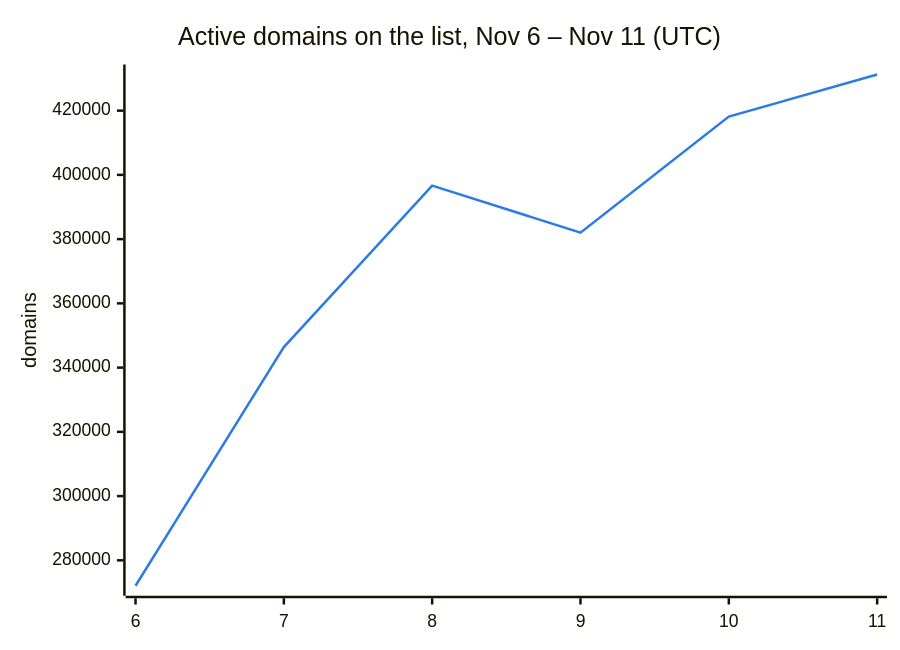
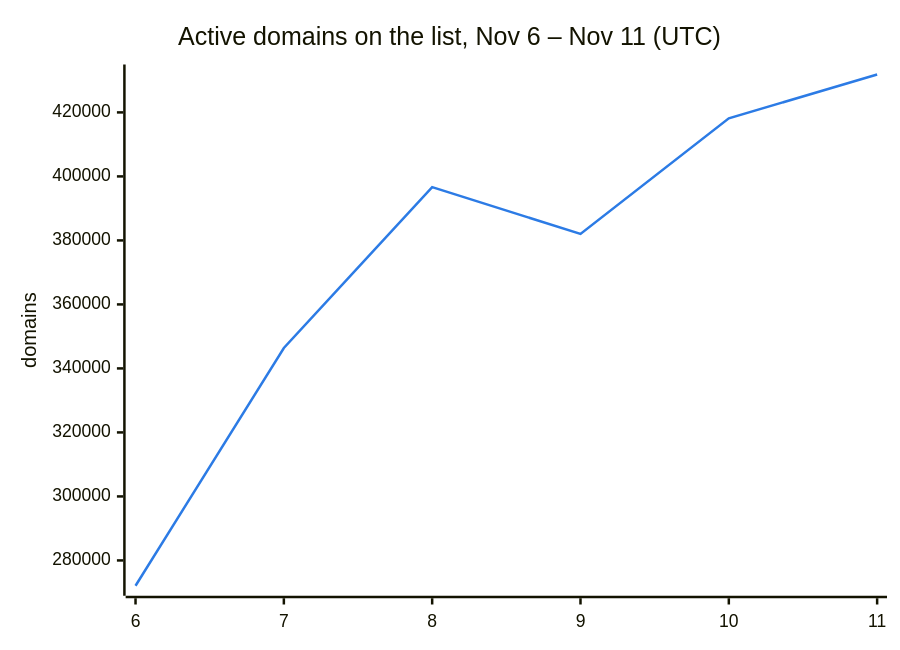
The second of 3 diagrams in README.md (DNSBunker/CTI), drawn with Mermaid before and after one commit. The commit also changed other lines of this file and 3 other files, not shown here.

````diff
--- a/README.md
+++ b/README.md
@@ -38,8 +38,8 @@
 ```mermaid
 %%{init: {"themeVariables": {"xyChart": {"plotColorPalette": "#2c7be5"}}}}%%
 xychart-beta
     title "Active domains on the list, Nov 6 – Nov 11 (UTC)"
     x-axis ["6", "7", "8", "9", "10", "11"]
     y-axis "domains"
-    line [272088, 346388, 396638, 382009, 418143, 431250]
+    line [272088, 346388, 396638, 382009, 418143, 431845]
 ```
````
